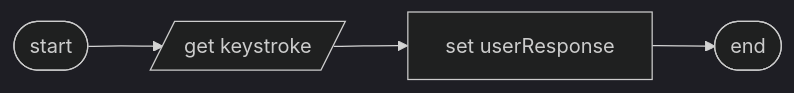
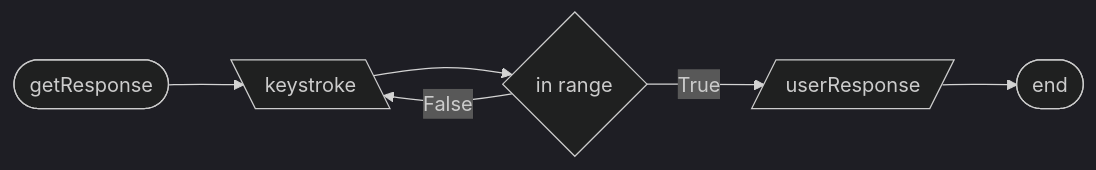
One commit to 7s4e/p3 changed the eighth of 14 diagrams in scripts/console/design.md. Above: the diagram before and after it, drawn with Mermaid (dark theme).

Commit message:
draw readKeystroke

````diff
--- a/scripts/console/design.md
+++ b/scripts/console/design.md
@@ -224,10 +224,13 @@
 ```mermaid
 flowchart LR
-    STR([start])
-        STR --> GET
-    GET[/get keystroke/]
-        GET --> SET
-    SET[set userResponse]
-        SET --> END
-    END([end])
+    GRES([getResponse])
+        GRES --> GKEY
+    GKEY[\keystroke\]
+        GKEY          --> NRNG
+        NRNG -- False --> GKEY
+    NRNG{in range}
+        NRNG -- True --> WRES
+    WRES[/userResponse/]
+        WRES --> TEND
+    TEND([end])
 ```
````
